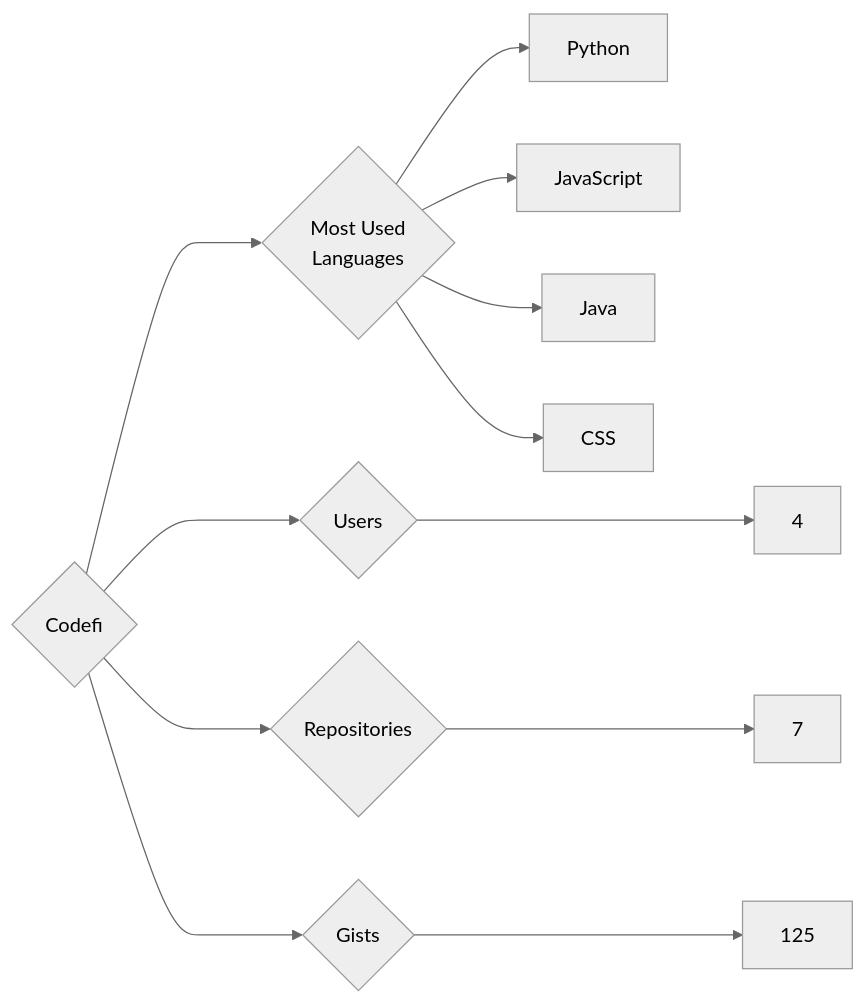
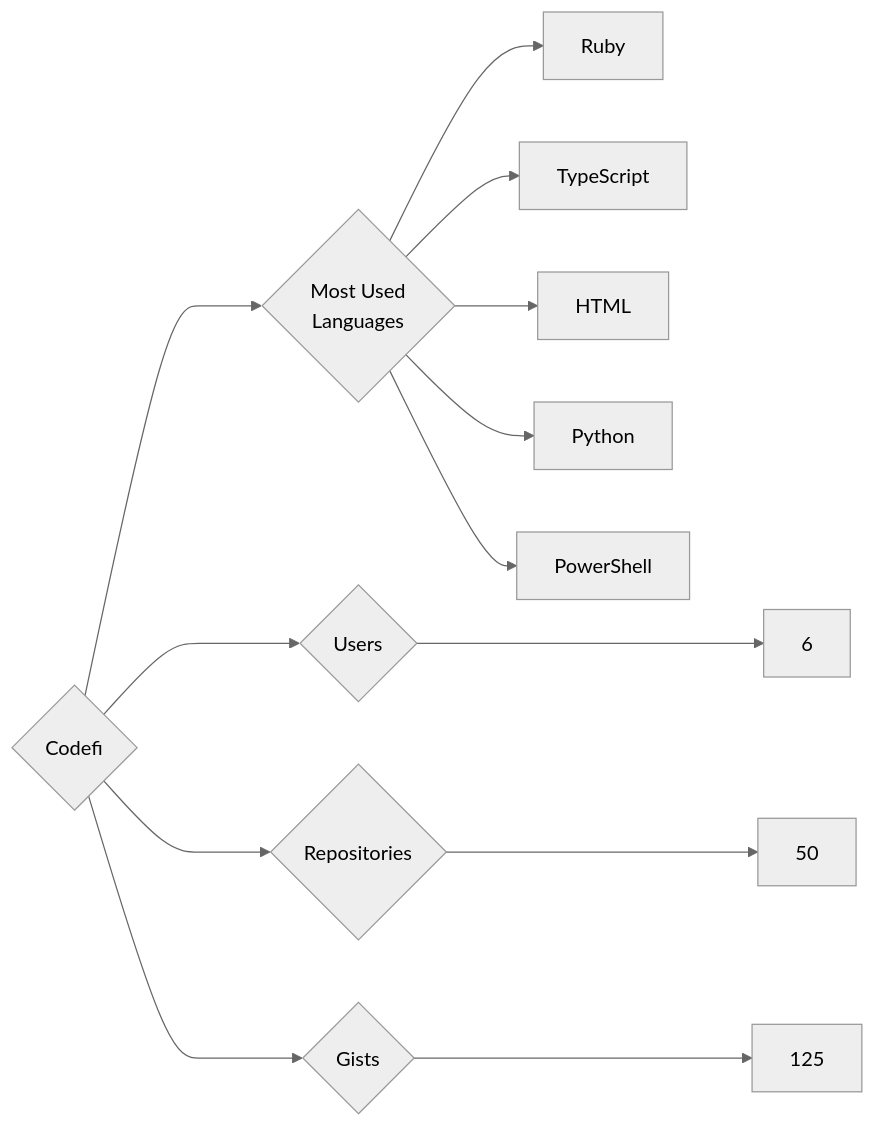
Before and after one commit to trickest/insiders: the diagram in targets/Codefi/README.md, drawn with Mermaid (neutral theme). The commit also changed 639 other files, not shown here.

````diff
--- a/targets/Codefi/README.md
+++ b/targets/Codefi/README.md
@@ -3,12 +3,13 @@
 ```mermaid
 graph LR
 COMPANY_NAME{Codefi}
-COMPANY_NAME ---> U{Users} ---> UN[4]
-COMPANY_NAME ---> R{Repositories} ---> RN[7]
+COMPANY_NAME ---> U{Users} ---> UN[6]
+COMPANY_NAME ---> R{Repositories} ---> RN[50]
 COMPANY_NAME ---> G{Gists} ---> GN[125]
 COMPANY_NAME ---> ML{Most Used<br>Languages}
+ML --> Ruby[Ruby]
+ML --> TypeScript[TypeScript]
+ML --> HTML[HTML]
 ML --> Python[Python]
-ML --> JavaScript[JavaScript]
-ML --> Java[Java]
-ML --> CSS[CSS]
+ML --> PowerShell[PowerShell]
 ```
````
